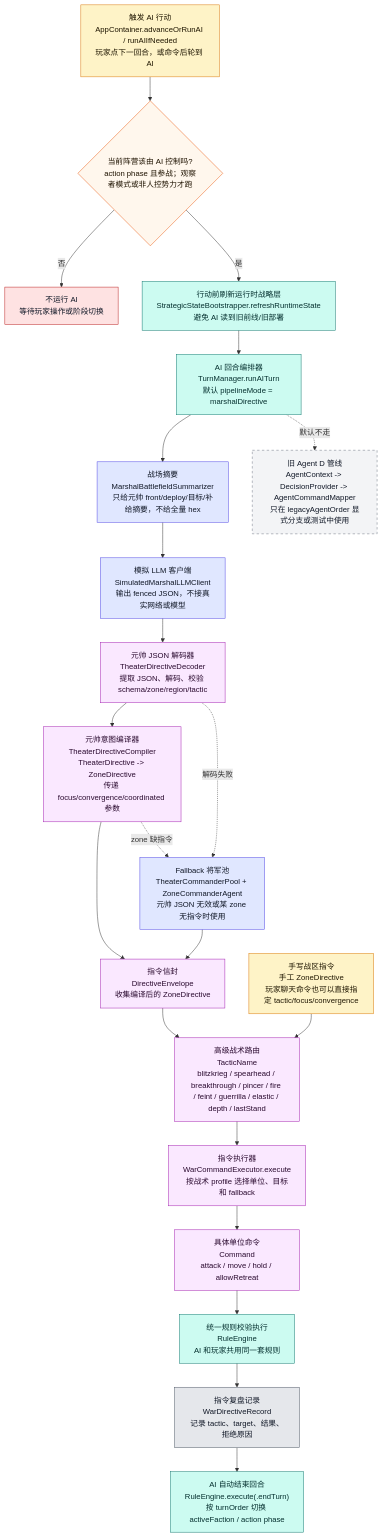
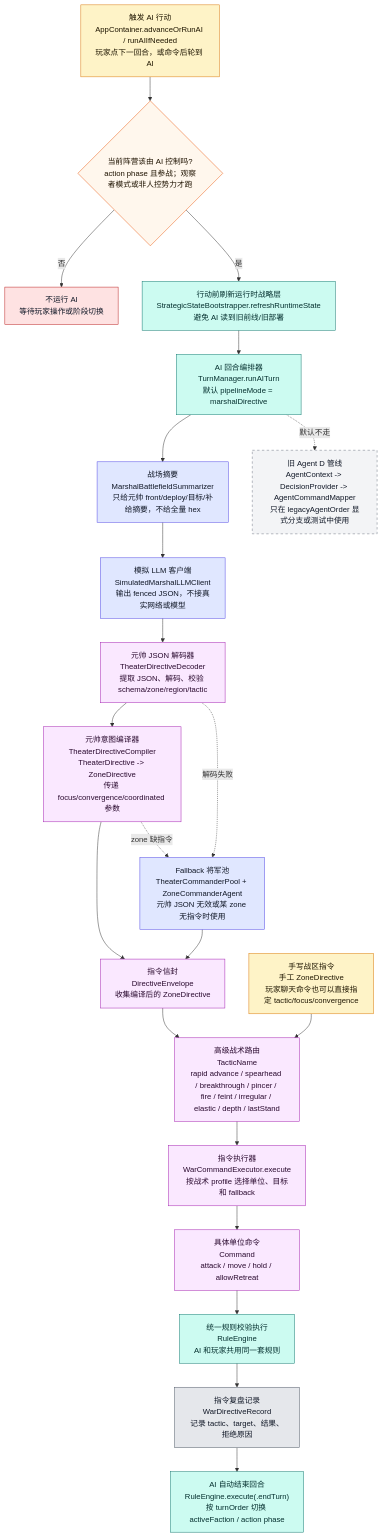
The fifth of 9 diagrams in md/flow/flowchart.md (Altman-sam114/126), drawn with Mermaid before and after one commit. The commit also changed other lines of this file and 9 other files, not shown here.

````diff
--- a/md/flow/flowchart.md
+++ b/md/flow/flowchart.md
@@ -287,43 +287,43 @@
 ```mermaid
 flowchart TD
     START["触发 AI 行动<br/>AppContainer.advanceOrRunAI / runAIIfNeeded<br/>玩家点下一回合，或命令后轮到 AI"]:::input
     CHECK{"当前阵营该由 AI 控制吗?<br/>action phase 且参战；观察者模式或非人控势力才跑"}:::decision
     STOP["不运行 AI<br/>等待玩家操作或阶段切换"]:::stop
     REFRESH["行动前刷新运行时战略层<br/>StrategicStateBootstrapper.refreshRuntimeState<br/>避免 AI 读到旧前线/旧部署"]:::rules
     TM["AI 回合编排器<br/>TurnManager.runAITurn<br/>默认 pipelineMode = marshalDirective"]:::rules
     SUM["战场摘要<br/>MarshalBattlefieldSummarizer<br/>只给元帅 front/deploy/目标/补给摘要，不给全量 hex"]:::ai
     LLM["模拟 LLM 客户端<br/>SimulatedMarshalLLMClient<br/>输出 fenced JSON，不接真实网络或模型"]:::ai
     DEC["元帅 JSON 解码器<br/>TheaterDirectiveDecoder<br/>提取 JSON、解码、校验 schema/zone/region/tactic"]:::command
     COMP["元帅意图编译器<br/>TheaterDirectiveCompiler<br/>TheaterDirective -> ZoneDirective<br/>传递 focus/convergence/coordinated 参数"]:::command
     ENV["指令信封<br/>DirectiveEnvelope<br/>收集编译后的 ZoneDirective"]:::command
-    TACTIC["高级战术路由<br/>TacticName<br/>blitzkrieg / spearhead / breakthrough / pincer / fire / feint / guerrilla / elastic / depth / lastStand"]:::command
+    TACTIC["高级战术路由<br/>TacticName<br/>rapid advance / spearhead / breakthrough / pincer / fire / feint / irregular / elastic / depth / lastStand"]:::command
     WCE["指令执行器<br/>WarCommandExecutor.execute<br/>按战术 profile 选择单位、目标和 fallback"]:::command
     BOTTOM["具体单位命令<br/>Command<br/>attack / move / hold / allowRetreat"]:::command
     RE["统一规则校验执行<br/>RuleEngine<br/>AI 和玩家共用同一套规则"]:::rules
     RECORD["指令复盘记录<br/>WarDirectiveRecord<br/>记录 tactic、target、结果、拒绝原因"]:::ui
     END["AI 自动结束回合<br/>RuleEngine.execute(.endTurn)<br/>按 turnOrder 切换 activeFaction / action phase"]:::rules
 
     START --> CHECK
     CHECK -->|否| STOP
     CHECK -->|是| REFRESH --> TM --> SUM --> LLM --> DEC --> COMP --> ENV
     ENV --> TACTIC --> WCE --> BOTTOM --> RE --> RECORD --> END
 
     FALLBACK["Fallback 将军池<br/>TheaterCommanderPool + ZoneCommanderAgent<br/>元帅 JSON 无效或某 zone 无指令时使用"]:::ai
     DEC -.解码失败.-> FALLBACK --> ENV
     COMP -.zone 缺指令.-> FALLBACK
 
     LEGACY["旧 Agent D 管线<br/>AgentContext -> DecisionProvider -> AgentCommandMapper<br/>只在 legacyAgentOrder 显式分支或测试中使用"]:::legacy
     TM -.默认不走.-> LEGACY
 
     MANUAL["手写战区指令<br/>手工 ZoneDirective<br/>玩家聊天命令也可以直接指定 tactic/focus/convergence"]:::input
     MANUAL --> TACTIC
 
     classDef input fill:#fef3c7,stroke:#d97706,color:#1f1600
     classDef decision fill:#fff7ed,stroke:#ea580c,color:#1f1300
     classDef stop fill:#fee2e2,stroke:#b91c1c,color:#111827
     classDef rules fill:#ccfbf1,stroke:#0f766e,color:#042f2e
     classDef ai fill:#e0e7ff,stroke:#4f46e5,color:#111827
     classDef command fill:#fae8ff,stroke:#a21caf,color:#2a0a2f
     classDef ui fill:#e5e7eb,stroke:#4b5563,color:#111827
     classDef legacy fill:#f3f4f6,stroke:#6b7280,stroke-dasharray:5 5,color:#111827
 ```
````
